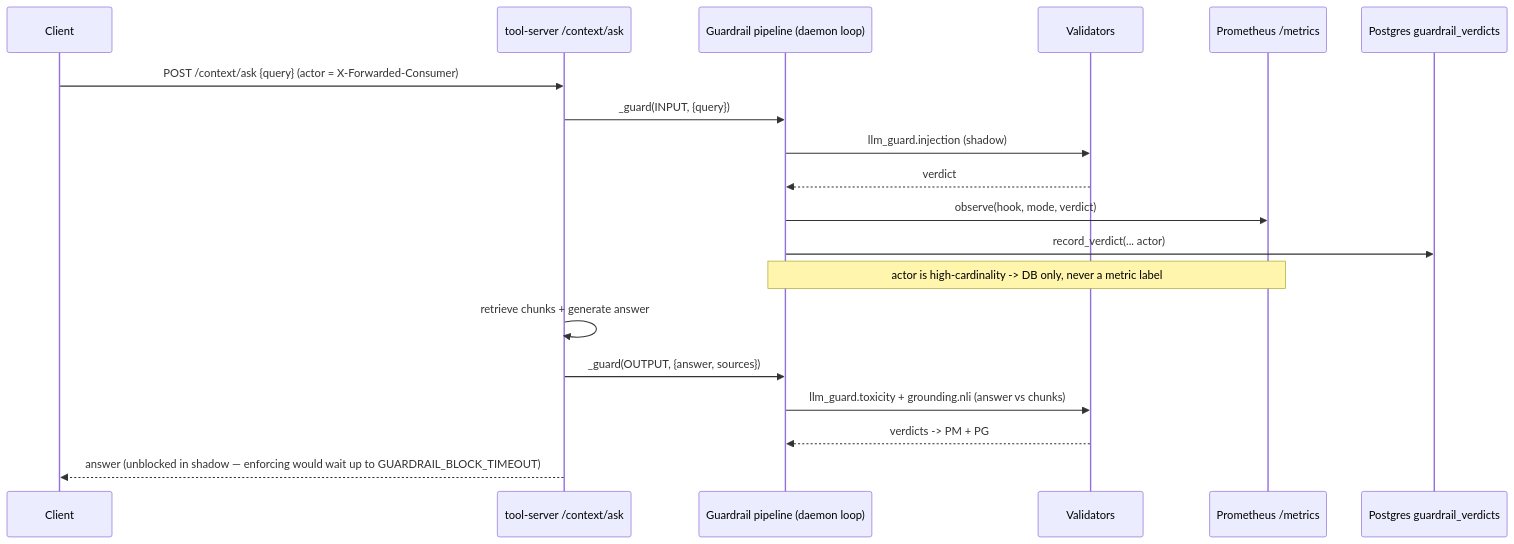
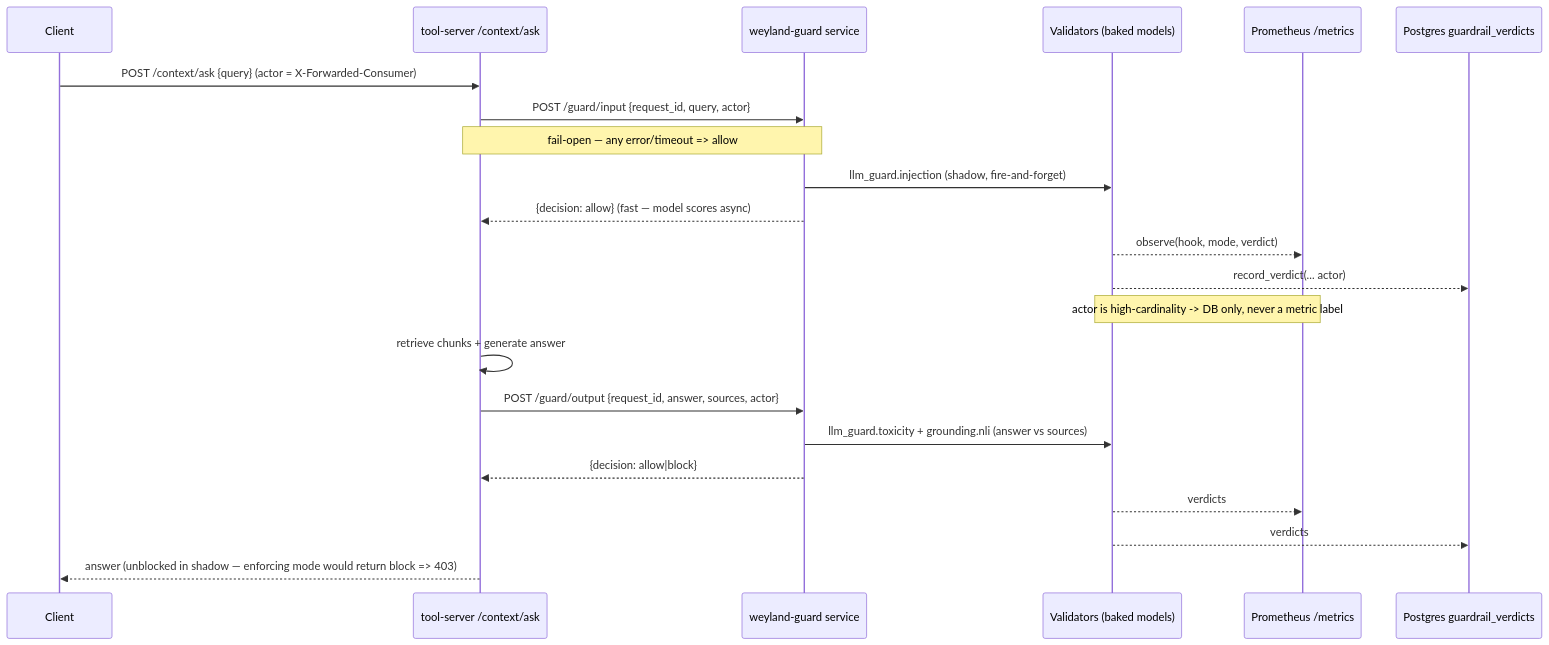
Before and after one commit to edtbl76/weyland-lab: the diagram in docs/diagrams/flow-guardrails.md, drawn with Mermaid. The commit also changed other lines of this file and 5 other files, not shown here.

Commit message:
Add detailed runbook for `weyland-guard` guardrail service: architecture, API routes, deployment guide, fail-open safety, SHADOW modes, model validation, and integration with tool-server (B70 Part 2).

````diff
--- a/docs/diagrams/flow-guardrails.md
+++ b/docs/diagrams/flow-guardrails.md
@@ -8,21 +11,24 @@
 ```mermaid
 sequenceDiagram
     participant C as Client
     participant TS as tool-server /context/ask
-    participant G as Guardrail pipeline (daemon loop)
-    participant V as Validators
+    participant G as weyland-guard service
+    participant V as Validators (baked models)
     participant PM as Prometheus /metrics
     participant PG as Postgres guardrail_verdicts
     C->>TS: POST /context/ask {query} (actor = X-Forwarded-Consumer)
-    TS->>G: _guard(INPUT, {query})
-    G->>V: llm_guard.injection (shadow)
-    V-->>G: verdict
-    G->>PM: observe(hook, mode, verdict)
-    G->>PG: record_verdict(... actor)
-    Note over G,PM: actor is high-cardinality -> DB only, never a metric label
+    TS->>G: POST /guard/input {request_id, query, actor}
+    Note over TS,G: fail-open — any error/timeout => allow
+    G->>V: llm_guard.injection (shadow, fire-and-forget)
+    G-->>TS: {decision: allow} (fast — model scores async)
+    V-->>PM: observe(hook, mode, verdict)
+    V-->>PG: record_verdict(... actor)
+    Note over V,PM: actor is high-cardinality -> DB only, never a metric label
     TS->>TS: retrieve chunks + generate answer
-    TS->>G: _guard(OUTPUT, {answer, sources})
-    G->>V: llm_guard.toxicity + grounding.nli (answer vs chunks)
-    V-->>G: verdicts -> PM + PG
-    TS-->>C: answer (unblocked in shadow — enforcing would wait up to GUARDRAIL_BLOCK_TIMEOUT)
+    TS->>G: POST /guard/output {request_id, answer, sources, actor}
+    G->>V: llm_guard.toxicity + grounding.nli (answer vs sources)
+    G-->>TS: {decision: allow|block}
+    V-->>PM: verdicts
+    V-->>PG: verdicts
+    TS-->>C: answer (unblocked in shadow — enforcing mode would return block => 403)
 ```
````
